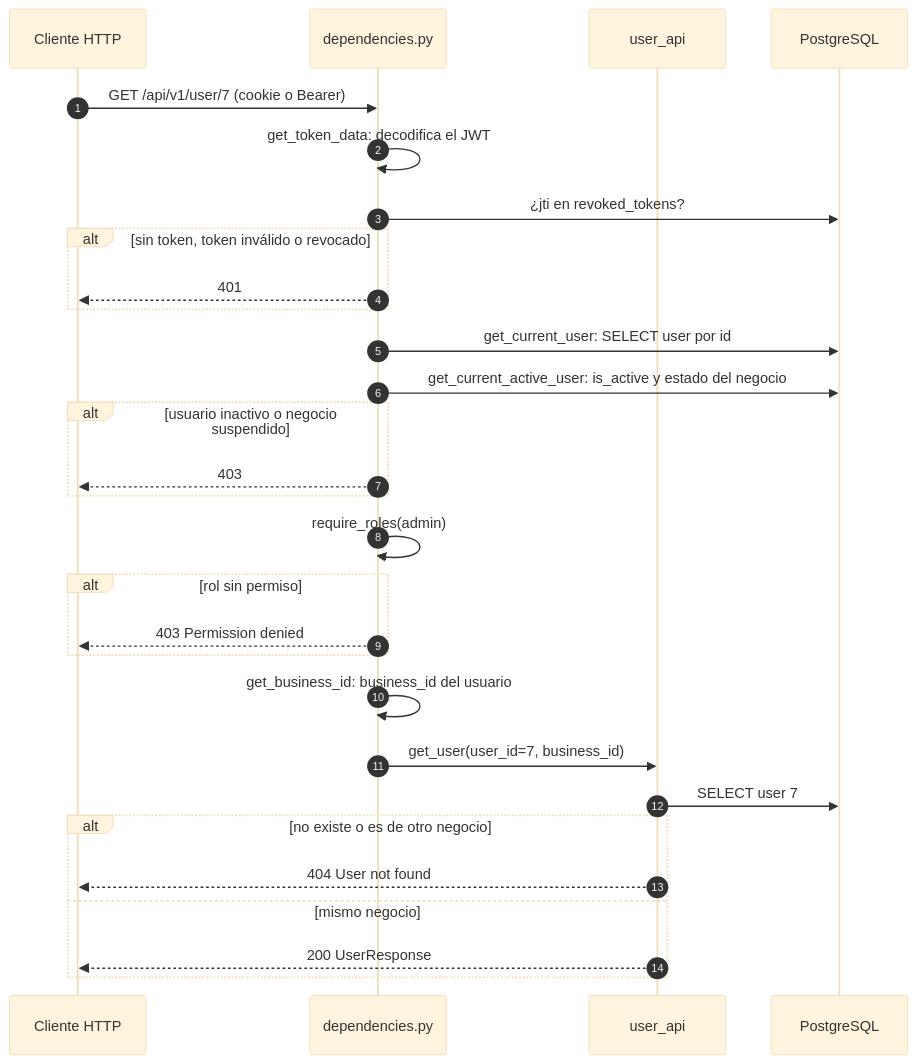
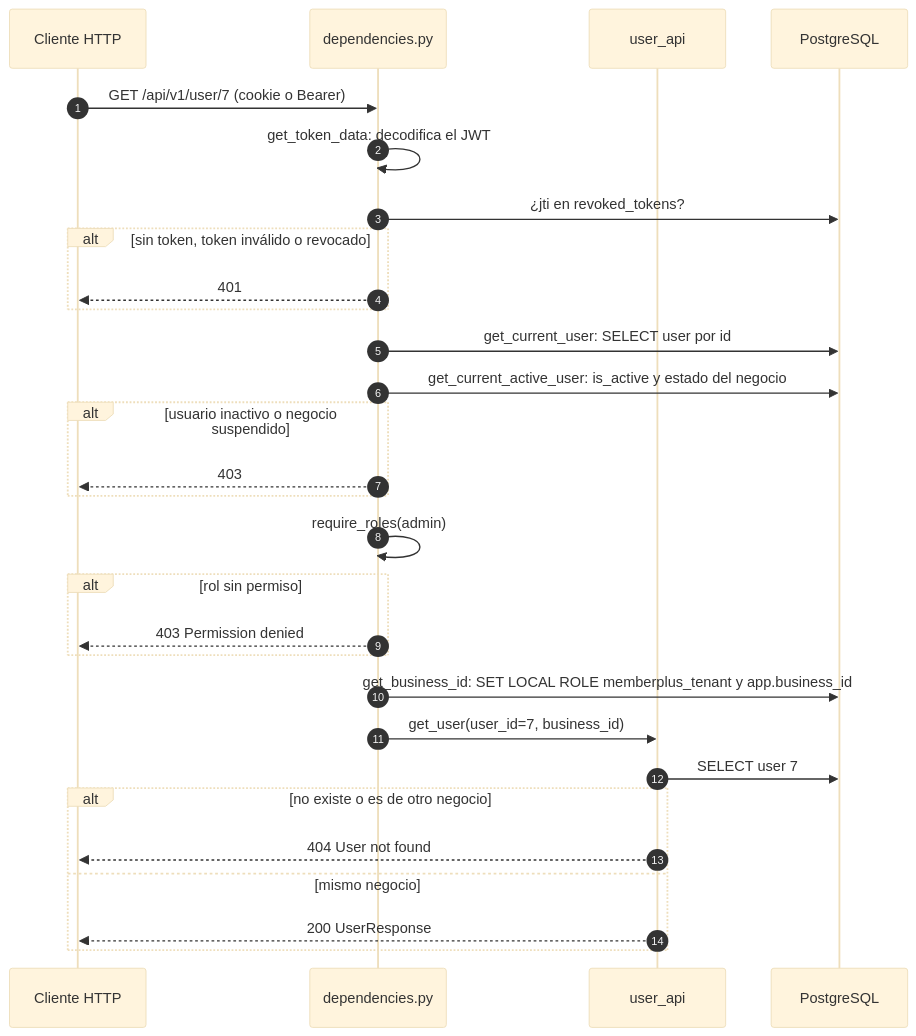
Before and after one commit to AGA-Studio/Member-Web: diagram 12 of 15 in docs/ARCHITECTURE.md, drawn with Mermaid (base theme). The commit also changed other lines of this file and 2 other files, not shown here.

````diff
--- a/docs/ARCHITECTURE.md
+++ b/docs/ARCHITECTURE.md
@@ -696,32 +697,32 @@
 ```mermaid
 sequenceDiagram
     autonumber
     participant C as Cliente HTTP
     participant DEP as dependencies.py
     participant R as user_api
     participant DB as PostgreSQL
 
     C->>DEP: GET /api/v1/user/7 (cookie o Bearer)
     DEP->>DEP: get_token_data: decodifica el JWT
     DEP->>DB: ¿jti en revoked_tokens?
     alt sin token, token inválido o revocado
         DEP-->>C: 401
     end
     DEP->>DB: get_current_user: SELECT user por id
     DEP->>DB: get_current_active_user: is_active y estado del negocio
     alt usuario inactivo o negocio suspendido
         DEP-->>C: 403
     end
     DEP->>DEP: require_roles(admin)
     alt rol sin permiso
         DEP-->>C: 403 Permission denied
     end
-    DEP->>DEP: get_business_id: business_id del usuario
+    DEP->>DB: get_business_id: SET LOCAL ROLE memberplus_tenant y app.business_id
     DEP->>R: get_user(user_id=7, business_id)
     R->>DB: SELECT user 7
     alt no existe o es de otro negocio
         R-->>C: 404 User not found
     else mismo negocio
         R-->>C: 200 UserResponse
     end
 ```
````
